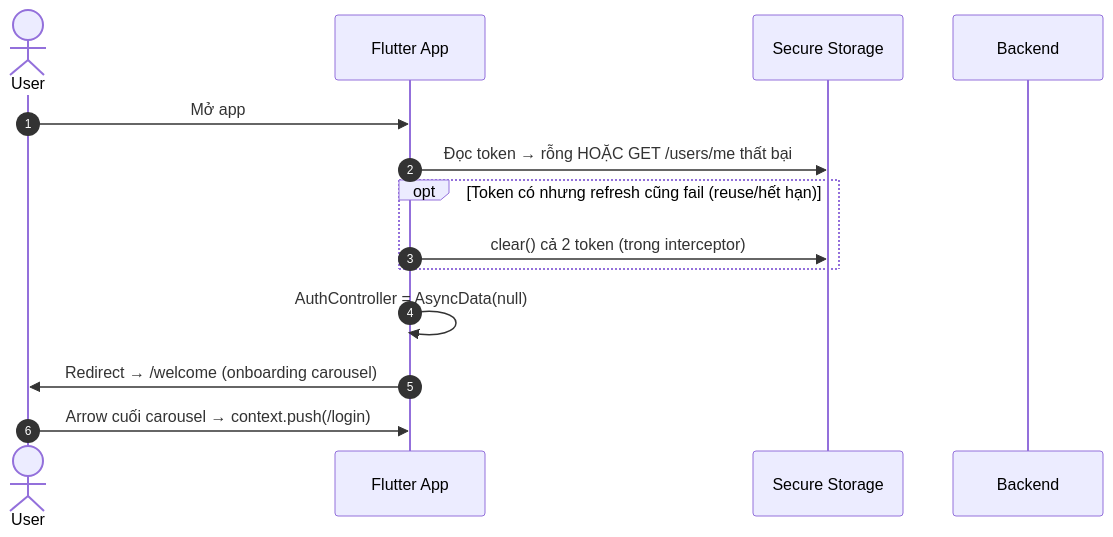
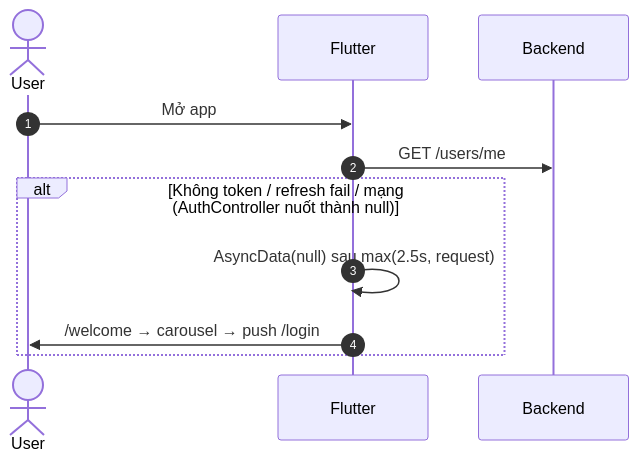
The second of 6 diagrams in flow/07-app-startup-network.md (FintechVSF-Tranning/PaySplit-RP), drawn with Mermaid before and after one commit. The commit also changed other lines of this file and 8 other files, not shown here.

````diff
--- a/flow/07-app-startup-network.md
+++ b/flow/07-app-startup-network.md
@@ -85,17 +134,14 @@
 ```mermaid
 sequenceDiagram
     autonumber
     actor U as User
-    participant FE as Flutter App
-    participant SS as Secure Storage
+    participant FE as Flutter
     participant BE as Backend
 
     U->>FE: Mở app
-    FE->>SS: Đọc token → rỗng HOẶC GET /users/me thất bại
-    opt Token có nhưng refresh cũng fail (reuse/hết hạn)
-        FE->>SS: clear() cả 2 token (trong interceptor)
+    FE->>BE: GET /users/me
+    alt Không token / refresh fail / mạng (AuthController nuốt thành null)
+        FE->>FE: AsyncData(null) sau max(2.5s, request)
+        FE->>U: /welcome → carousel → push /login
     end
-    FE->>FE: AuthController = AsyncData(null)
-    FE->>U: Redirect → /welcome (onboarding carousel)
-    U->>FE: Arrow cuối carousel → context.push(/login)
 ```
````
